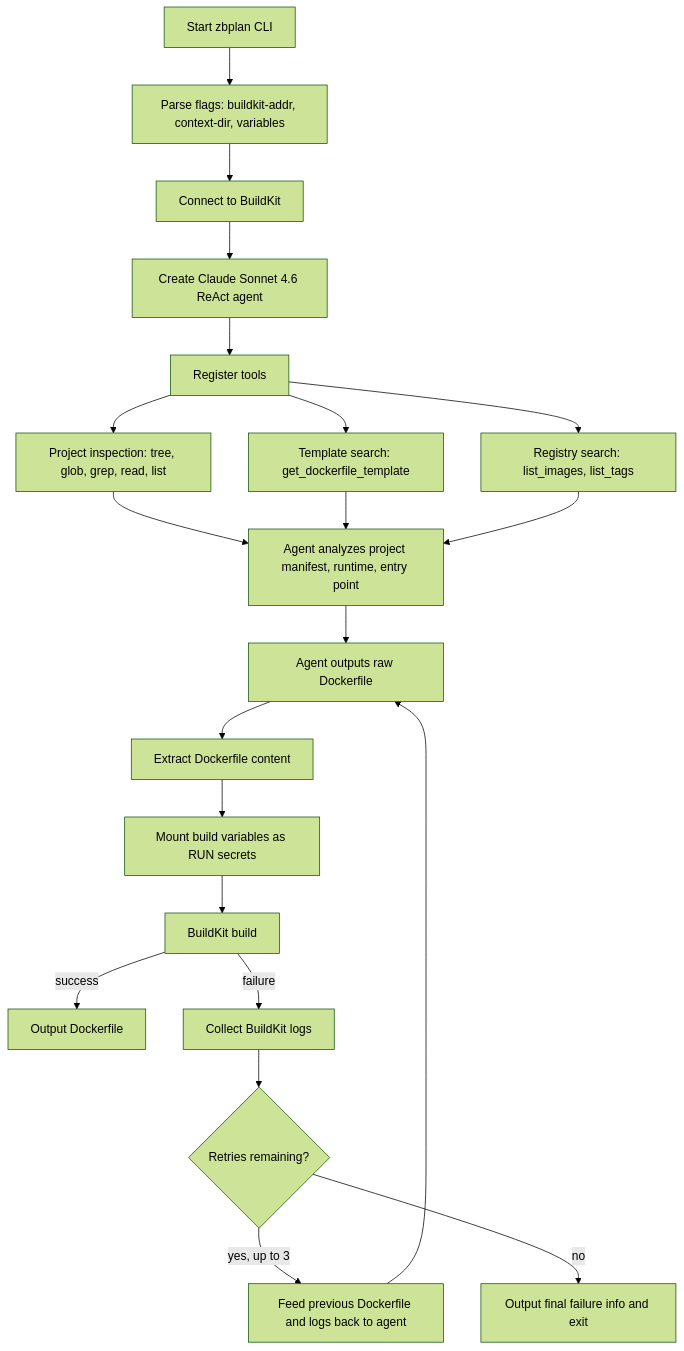
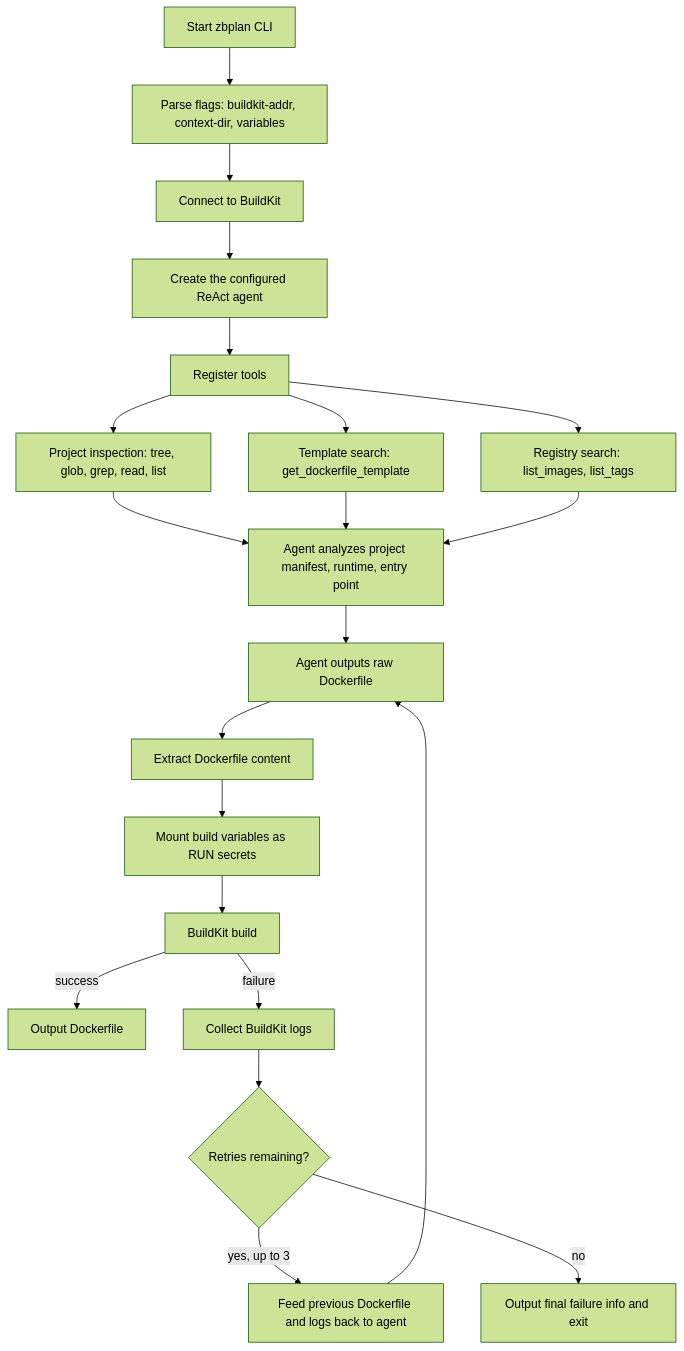
The diagram in README.md (zeabur/zbplan), drawn with Mermaid (forest theme) before and after one commit. The commit also changed other lines of this file and 10 other files, not shown here.

````diff
--- a/README.md
+++ b/README.md
@@ -86,27 +86,27 @@
 ```mermaid
 flowchart TD
     A[Start zbplan CLI] --> B[Parse flags: buildkit-addr, context-dir, variables]
     B --> C[Connect to BuildKit]
-    C --> D[Create Claude Sonnet 4.6 ReAct agent]
+    C --> D[Create the configured ReAct agent]
     D --> E[Register tools]
 
     E --> E1[Project inspection: tree, glob, grep, read, list]
     E --> E2[Template search: get_dockerfile_template]
     E --> E3[Registry search: list_images, list_tags]
 
     E1 --> F[Agent analyzes project manifest, runtime, entry point]
     E2 --> F
     E3 --> F
 
     F --> G[Agent outputs raw Dockerfile]
     G --> H[Extract Dockerfile content]
     H --> I[Mount build variables as RUN secrets]
     I --> J[BuildKit build]
 
     J -->|success| K[Output Dockerfile]
     J -->|failure| L[Collect BuildKit logs]
     L --> M{Retries remaining?}
     M -->|yes, up to 3| N[Feed previous Dockerfile and logs back to agent]
     N --> G
     M -->|no| O[Output final failure info and exit]
 ```
````
